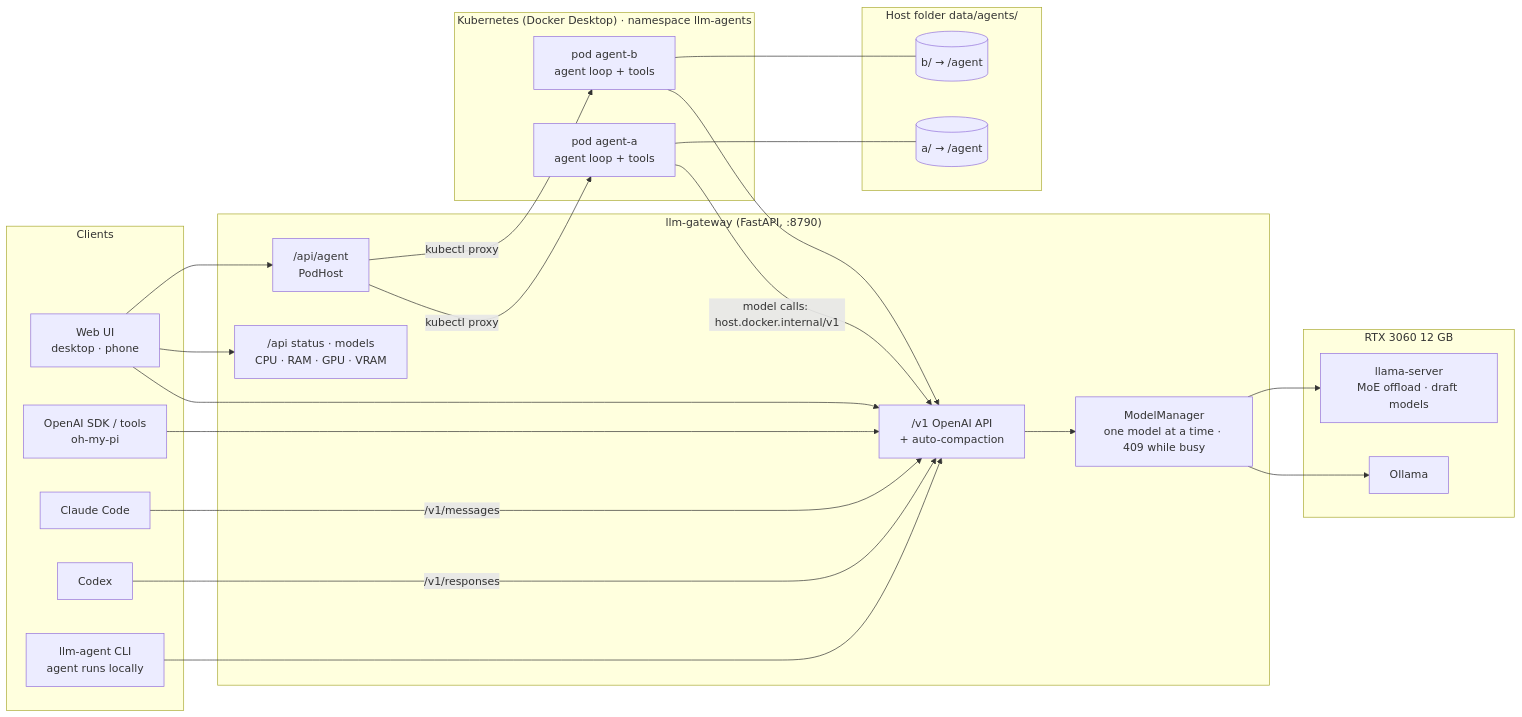
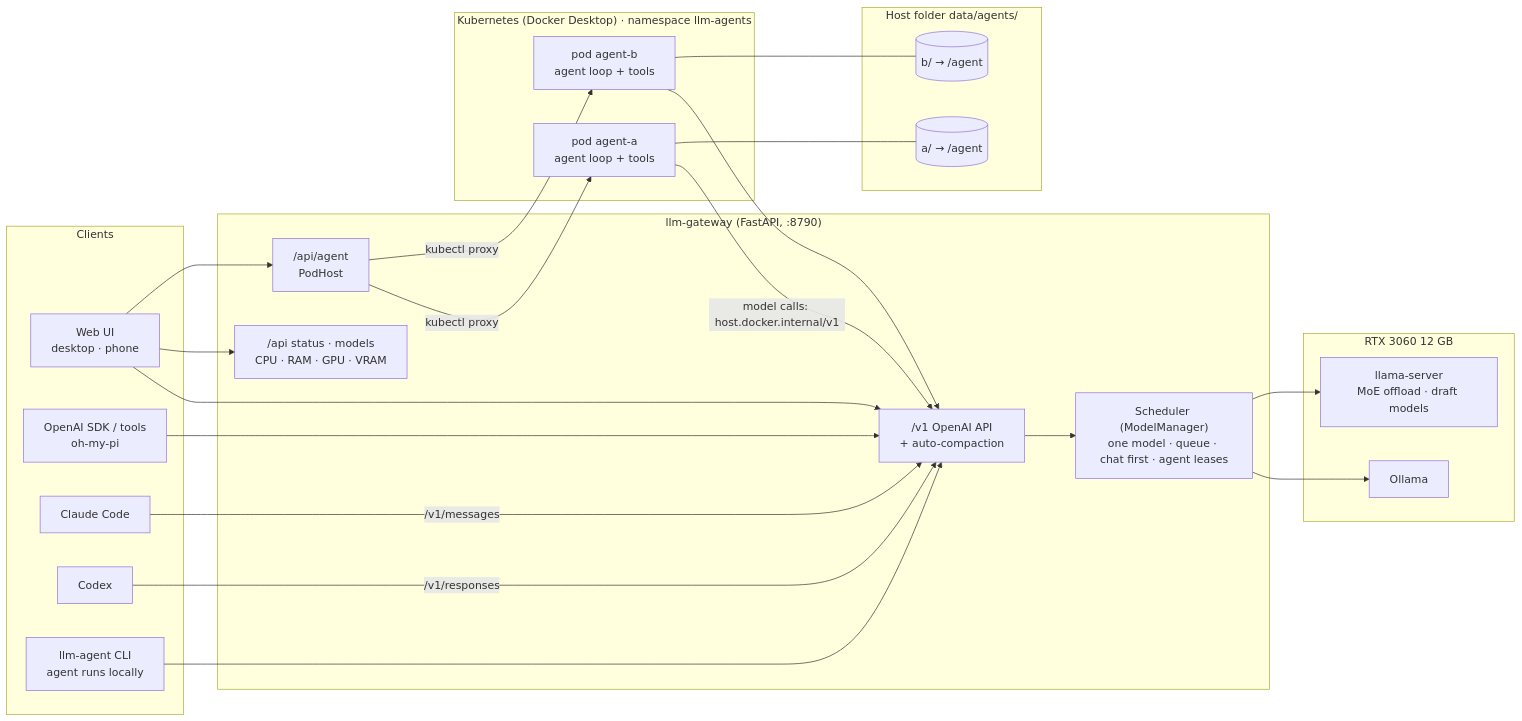
The diagram in README.md (ChengTsungPao/llm-gateway), drawn with Mermaid before and after one commit. The commit also changed other lines of this file and 19 other files, not shown here.

First line of the commit message:
Schedule the GPU: one queue, chat first, agent leases, one agent task at a time

````diff
--- a/README.md
+++ b/README.md
@@ -10,49 +10,49 @@
 ```mermaid
 flowchart LR
     subgraph clients [Clients]
         UI["Web UI<br/>desktop · phone"]
         SDK["OpenAI SDK / tools<br/>oh-my-pi"]
         CC["Claude Code"]
         CX["Codex"]
         CLI["llm-agent CLI<br/>agent runs locally"]
     end
 
     subgraph gw ["llm-gateway (FastAPI, :8790)"]
         V1["/v1 OpenAI API<br/>+ auto-compaction"]
         MGMT["/api status · models<br/>CPU · RAM · GPU · VRAM"]
         AG["/api/agent<br/>PodHost"]
-        MM["ModelManager<br/>one model at a time · 409 while busy"]
+        MM["Scheduler (ModelManager)<br/>one model · queue · chat first · agent leases"]
     end
 
     subgraph gpu ["RTX 3060 12 GB"]
         OL["Ollama"]
         LC["llama-server<br/>MoE offload · draft models"]
     end
 
     subgraph k8s ["Kubernetes (Docker Desktop) · namespace llm-agents"]
         P1["pod agent-a<br/>agent loop + tools"]
         P2["pod agent-b<br/>agent loop + tools"]
     end
 
     subgraph disk ["Host folder data/agents/"]
         F1[("a/ → /agent")]
         F2[("b/ → /agent")]
     end
 
     UI --> V1
     UI --> MGMT
     UI --> AG
     SDK --> V1
     CC -- "/v1/messages" --> V1
     CX -- "/v1/responses" --> V1
     CLI --> V1
     V1 --> MM
     MM --> OL
     MM --> LC
     AG -- "kubectl proxy" --> P1
     AG -- "kubectl proxy" --> P2
     P1 -- "model calls: host.docker.internal/v1" --> V1
     P2 --> V1
     P1 --- F1
     P2 --- F2
 ```
````
